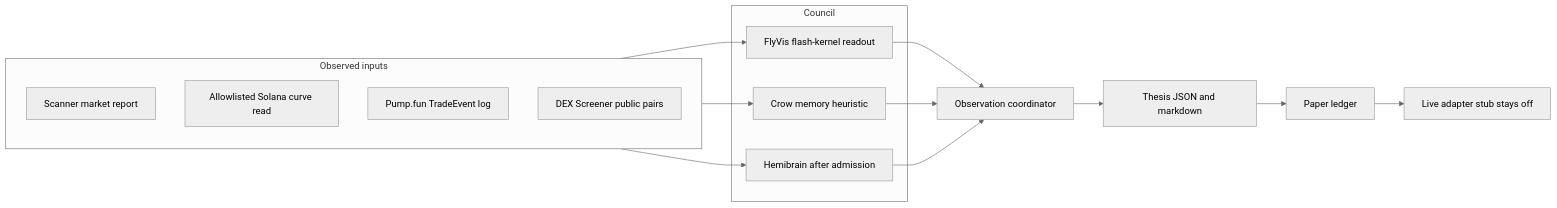
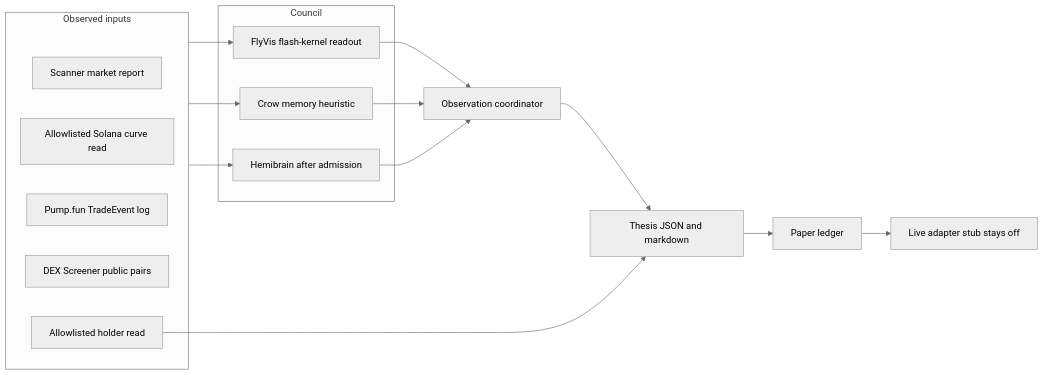
The diagram in docs/giant-brain.md (BuildWithAAI/buildwithAAI), drawn with Mermaid (neutral theme) before and after one commit. The commit also changed other lines of this file and 6 other files, not shown here.

First line of the commit message:
Add a public-RPC holder concentration read to paper theses

````diff
--- a/docs/giant-brain.md
+++ b/docs/giant-brain.md
@@ -5,23 +5,25 @@
 ```mermaid
 flowchart LR
   subgraph sources [Observed inputs]
     Scanner[Scanner market report]
     Curve[Allowlisted Solana curve read]
     Pump[Pump.fun TradeEvent log]
     Dex[DEX Screener public pairs]
+    Holder[Allowlisted holder read]
   end
   subgraph brains [Council]
     Fly[FlyVis flash-kernel readout]
     Crow[Crow memory heuristic]
     Hemi[Hemibrain after admission]
   end
   sources --> Fly
   sources --> Crow
   sources --> Hemi
   Fly --> Round[Observation coordinator]
   Crow --> Round
   Hemi --> Round
   Round --> Thesis[Thesis JSON and markdown]
+  Holder --> Thesis
   Thesis --> PaperBook[Paper ledger]
   PaperBook --> LiveStub[Live adapter stub stays off]
 ```
````
